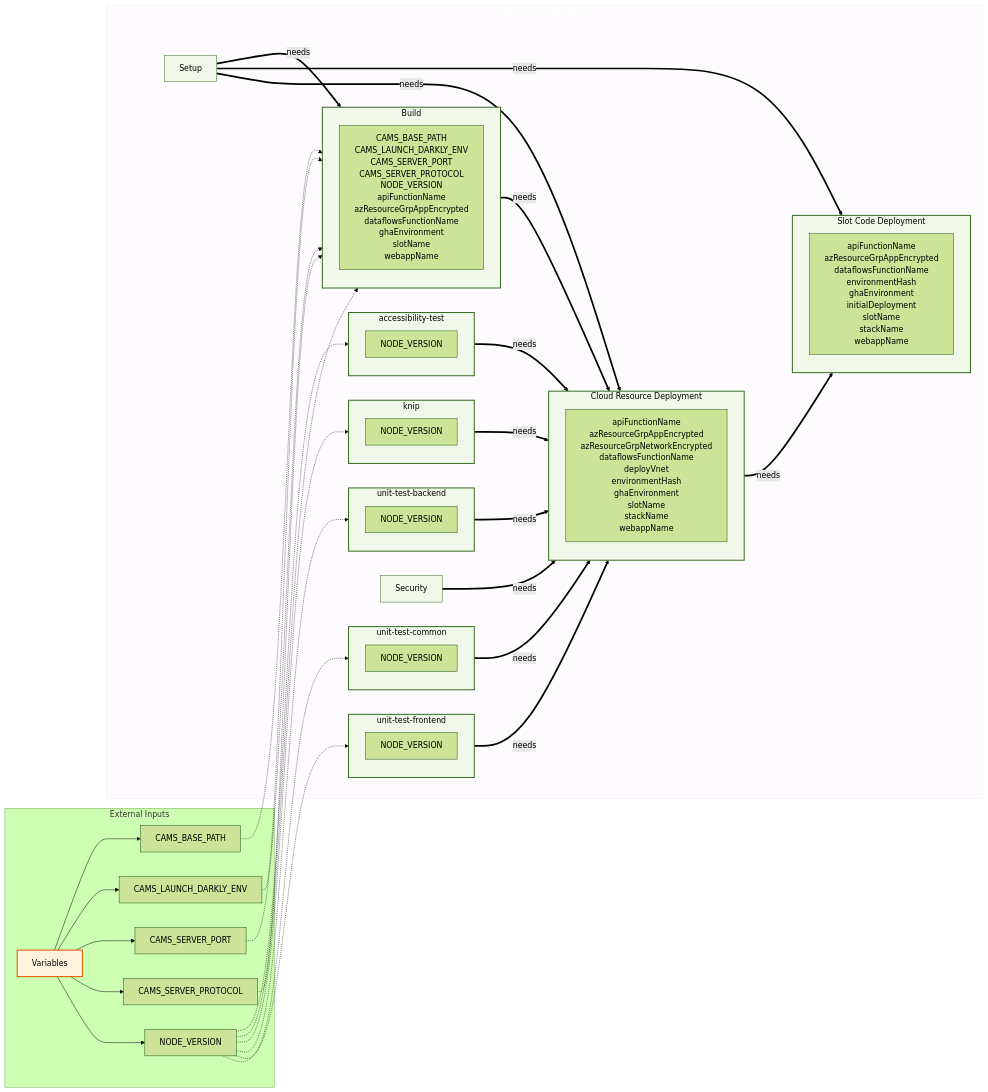
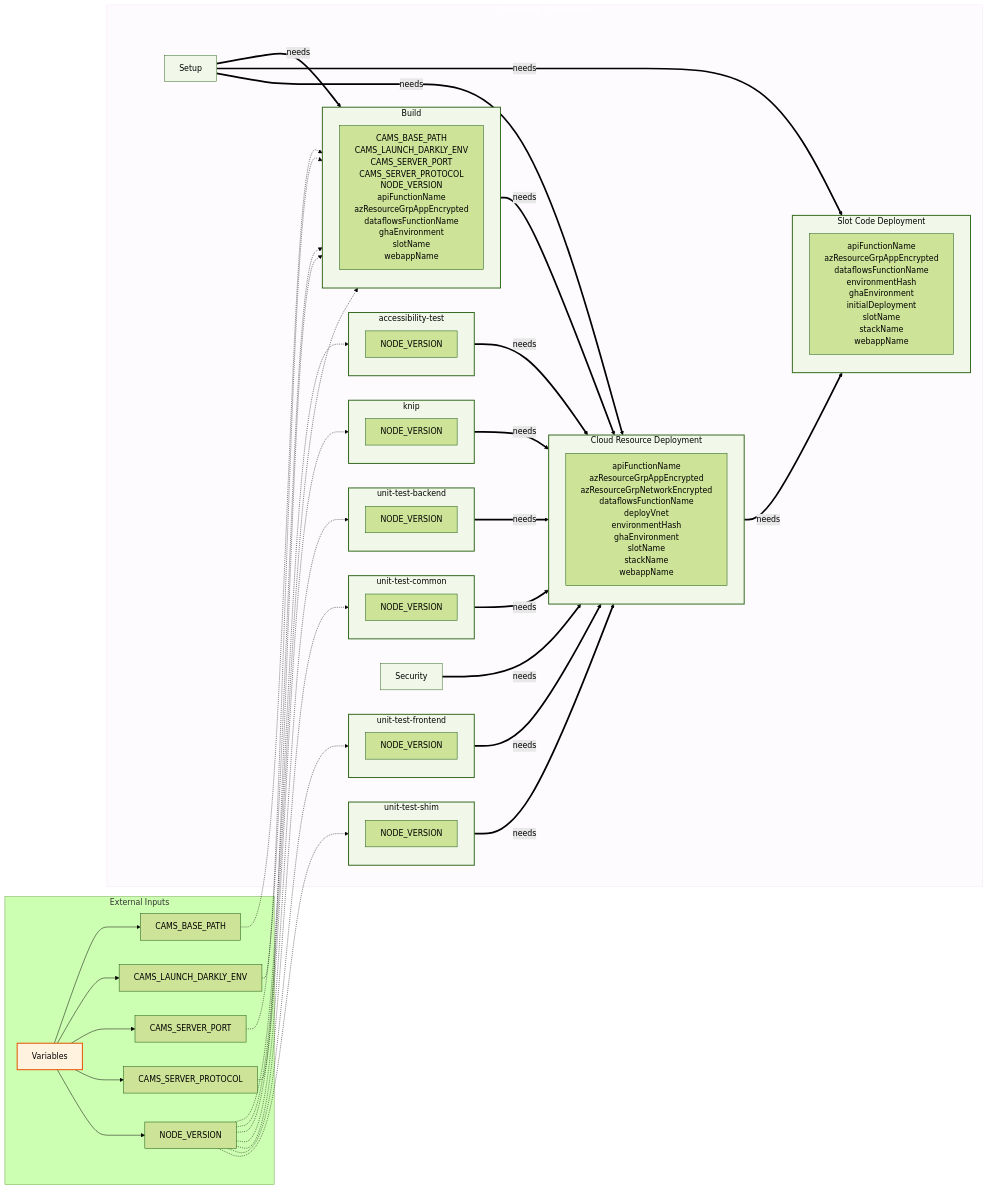
Before and after one commit to US-Trustee-Program/Bankruptcy-Oversight-Support-Systems: diagram 15 of 22 in docs/operations/workflow-diagram.md, drawn with Mermaid (forest theme). The commit also changed other lines of this file and 20 other files, not shown here.

````diff
--- a/docs/operations/workflow-diagram.md
+++ b/docs/operations/workflow-diagram.md
@@ -1011,6 +1025,9 @@
         end
         subgraph unit_test_common_subgraph["unit-test-common"]
             unit_test_common_vars["NODE_VERSION"]
+        end
+        subgraph unit_test_shim_subgraph["unit-test-shim"]
+            unit_test_shim_vars["NODE_VERSION"]
         end
         subgraph knip_subgraph["knip"]
             knip_vars["NODE_VERSION"]
@@ -1042,6 +1059,7 @@
     Variables_NODE_VERSION -.-> unit_test_backend_subgraph
     Variables_NODE_VERSION -.-> unit_test_common_subgraph
     Variables_NODE_VERSION -.-> unit_test_frontend_subgraph
+    Variables_NODE_VERSION -.-> unit_test_shim_subgraph
     accessibility_test_subgraph ==>|"needs"| deploy_subgraph
     build_subgraph ==>|"needs"| deploy_subgraph
     deploy_subgraph ==>|"needs"| deploy_code_slot_subgraph
@@ -1053,6 +1071,7 @@
     unit_test_backend_subgraph ==>|"needs"| deploy_subgraph
     unit_test_common_subgraph ==>|"needs"| deploy_subgraph
     unit_test_frontend_subgraph ==>|"needs"| deploy_subgraph
+    unit_test_shim_subgraph ==>|"needs"| deploy_subgraph
 
     classDef external fill:#fff3e0,stroke:#e65100,stroke-width:2px,color:#000000
     classDef job fill:#f1f8e9,stroke:#33691e,stroke-width:1px,color:#000000
@@ -1070,4 +1089,5 @@
     class unit_test_backend_subgraph jobSubgraph
     class unit_test_common_subgraph jobSubgraph
     class unit_test_frontend_subgraph jobSubgraph
+    class unit_test_shim_subgraph jobSubgraph
 ```
````
